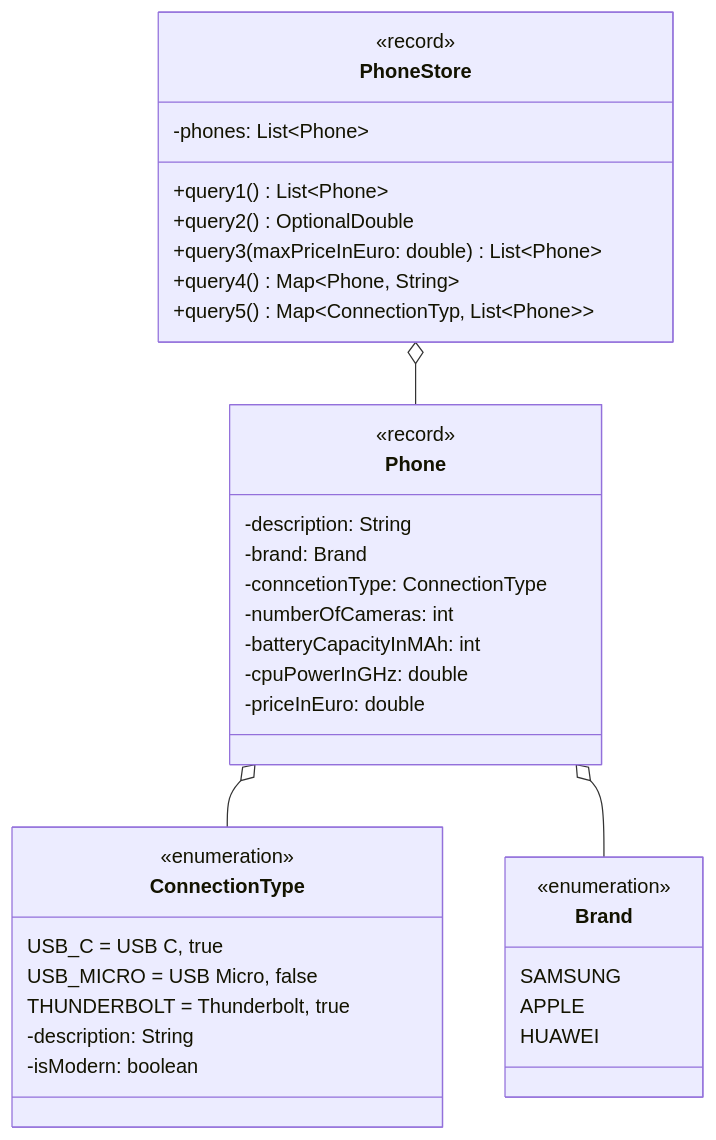
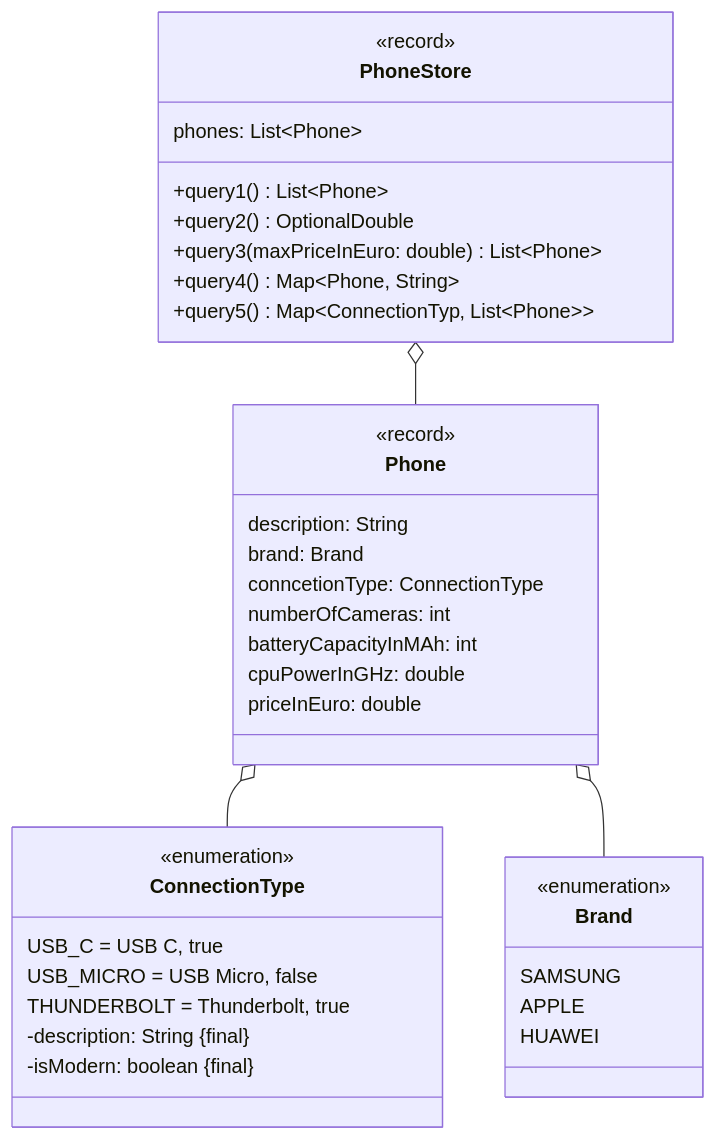
The diagram in docs/exam-exercises/exam-exercises-java2/phone-store.md (jappuccini/java-docs), drawn with Mermaid before and after one commit. The commit also changed 24 other files, not shown here.

````diff
--- a/docs/exam-exercises/exam-exercises-java2/phone-store.md
+++ b/docs/exam-exercises/exam-exercises-java2/phone-store.md
@@ -12,43 +12,43 @@
 ```mermaid
 classDiagram
     Phone o-- ConnectionType
     Phone o-- Brand
     PhoneStore o-- Phone
 
     class ConnectionType {
         <<enumeration>>
         USB_C = USB C, true
         USB_MICRO = USB Micro, false
         THUNDERBOLT = Thunderbolt, true
-        -description: String
-        -isModern: boolean
+        -description: String &#123final&#125
+        -isModern: boolean &#123final&#125
     }
 
     class Brand {
         <<enumeration>>
         SAMSUNG
         APPLE
         HUAWEI
     }
 
     class Phone {
         <<record>>
-        -description: String
-        -brand: Brand
-        -conncetionType: ConnectionType
-        -numberOfCameras: int
-        -batteryCapacityInMAh: int
-        -cpuPowerInGHz: double
-        -priceInEuro: double
+        description: String
+        brand: Brand
+        conncetionType: ConnectionType
+        numberOfCameras: int
+        batteryCapacityInMAh: int
+        cpuPowerInGHz: double
+        priceInEuro: double
     }
 
     class PhoneStore {
         <<record>>
-        -phones: List~Phone~
+        phones: List~Phone~
         +query1() List~Phone~
         +query2() OptionalDouble
         +query3(maxPriceInEuro: double) List~Phone~
         +query4() Map~Phone, String~
         +query5() Map~ConnectionTyp&sbquo; List~Phone~~
     }
 ```
````
